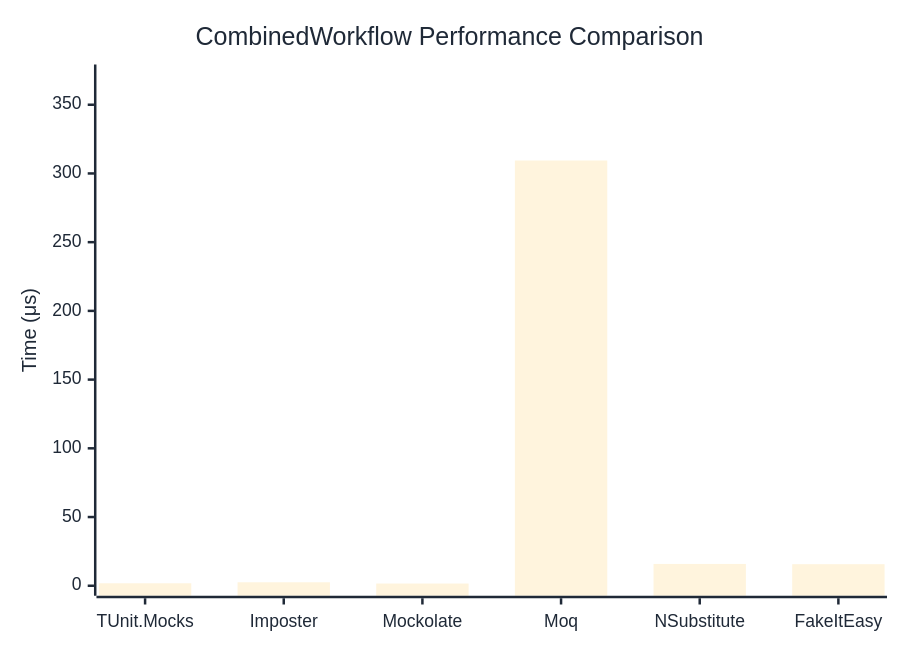
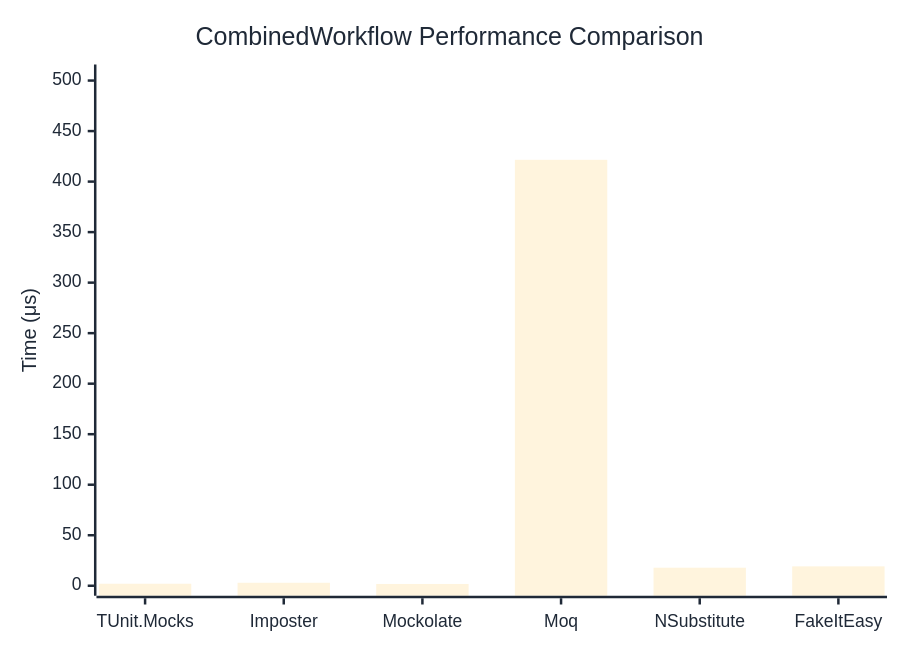
The diagram in docs/docs/benchmarks/mocks/CombinedWorkflow.md (thomhurst/TUnit), drawn with Mermaid before and after one commit. The commit also changed other lines of this file and 14 other files, not shown here.

````diff
--- a/docs/docs/benchmarks/mocks/CombinedWorkflow.md
+++ b/docs/docs/benchmarks/mocks/CombinedWorkflow.md
@@ -30,27 +30,27 @@
 ```mermaid
 %%{init: {
   'theme':'base',
   'themeVariables': {
     'primaryColor': '#2563eb',
     'primaryTextColor': '#1f2937',
     'primaryBorderColor': '#1e40af',
     'lineColor': '#6b7280',
     'secondaryColor': '#7c3aed',
     'tertiaryColor': '#dc2626',
     'background': '#ffffff',
     'pie1': '#2563eb',
     'pie2': '#7c3aed',
     'pie3': '#dc2626',
     'pie4': '#f59e0b',
     'pie5': '#10b981',
     'pie6': '#06b6d4',
     'pie7': '#ec4899',
     'pie8': '#6366f1'
   }
 }}%%
 xychart-beta
   title "CombinedWorkflow Performance Comparison"
   x-axis ["TUnit.Mocks", "Imposter", "Mockolate", "Moq", "NSubstitute", "FakeItEasy"]
-  y-axis "Time (μs)" 0 --> 372
-  bar [1.805, 2.519, 1.613, 309.421, 15.879, 15.677]
+  y-axis "Time (μs)" 0 --> 506
+  bar [1.997, 2.948, 1.778, 421.56, 17.861, 19.175]
 ```
````
